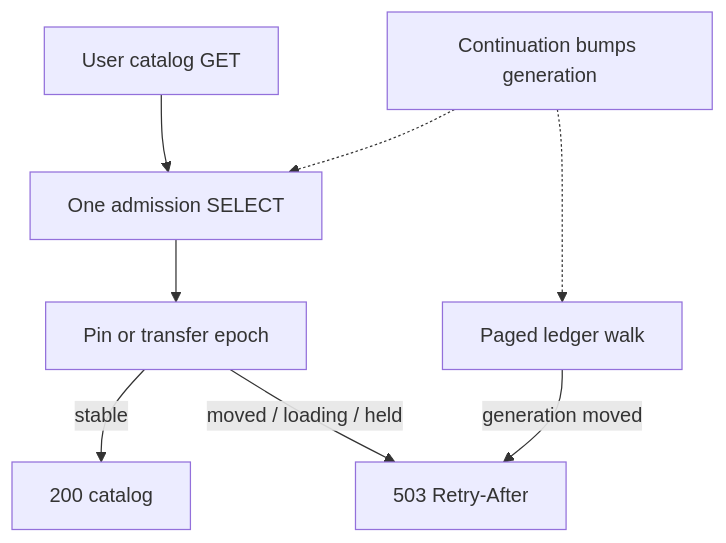
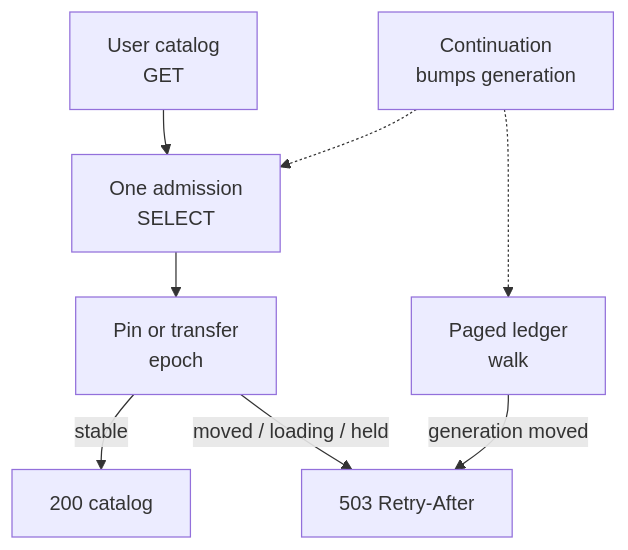
One commit to vladimino/iptv-watchlist changed the second of 2 diagrams in docs/architecture/observability-and-failures.md. Above: the diagram before and after it, drawn with Mermaid.

Commit message:
docs(AIR-493): wrap mermaid node labels for GitHub SVG width
GitHub still clipped single-line titles. Line-break labels and a
wider wrappingWidth so the ADR 0147 flowchart stays legible.

````diff
--- a/docs/architecture/observability-and-failures.md
+++ b/docs/architecture/observability-and-failures.md
@@ -48,17 +48,18 @@
 ```mermaid
+%%{init: {"flowchart": {"htmlLabels": true, "wrappingWidth": 220, "nodeSpacing": 28, "rankSpacing": 36}}}%%
 flowchart TD
-    userGet["User catalog GET"]
-    snapshot["One admission SELECT"]
-    paged["Paged ledger walk"]
-    genBump["Continuation bumps generation"]
-    pin["Pin or transfer epoch"]
+    userGet["User catalog<br/>GET"]
+    snapshot["One admission<br/>SELECT"]
+    paged["Paged ledger<br/>walk"]
+    genBump["Continuation<br/>bumps generation"]
+    pin["Pin or transfer<br/>epoch"]
     ok["200 catalog"]
     wait["503 Retry-After"]
     userGet --> snapshot
     snapshot --> pin
     pin -->|stable| ok
     pin -->|moved / loading / held| wait
     genBump -.-> snapshot
     genBump -.-> paged
     paged -->|generation moved| wait
 ```
````
